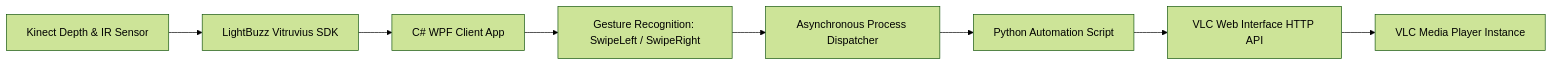
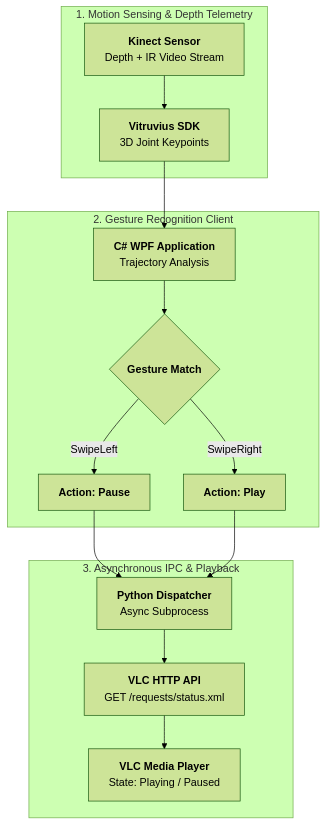
The diagram in content/projects/kinect-media-controller.md (pranp-official/pranp_dev_site), drawn with Mermaid (forest theme) before and after one commit. The commit also changed 11 other files, not shown here.

Commit message:
feat(diagrams): redesign architectural pipeline diagrams across all project articles

````diff
--- a/content/projects/kinect-media-controller.md
+++ b/content/projects/kinect-media-controller.md
@@ -22,10 +22,20 @@
 ```mermaid
-flowchart LR
-  Sensor[Kinect Depth & IR Sensor] --> Vitruvius[LightBuzz Vitruvius SDK]
-  Vitruvius --> WPF[C# WPF Client App]
-  WPF --> Classifier[Gesture Recognition: SwipeLeft / SwipeRight]
-  Classifier --> Bridge[Asynchronous Process Dispatcher]
-  Bridge --> Script[Python Automation Script]
-  Script --> HTTP[VLC Web Interface HTTP API]
-  HTTP --> Player[VLC Media Player Instance]
+flowchart TD
+  subgraph Stage1["1. Motion Sensing & Depth Telemetry"]
+    Kinect["<b>Kinect Sensor</b><br/>Depth + IR Video Stream"] --> Vitruvius["<b>Vitruvius SDK</b><br/>3D Joint Keypoints"]
+  end
+
+  subgraph Stage2["2. Gesture Recognition Client"]
+    WPF["<b>C# WPF Application</b><br/>Trajectory Analysis"] --> Detect{"<b>Gesture Match</b>"}
+    Detect -->|"SwipeLeft"| Pause["<b>Action: Pause</b>"]
+    Detect -->|"SwipeRight"| Play["<b>Action: Play</b>"]
+  end
+
+  subgraph Stage3["3. Asynchronous IPC & Playback"]
+    Bridge["<b>Python Dispatcher</b><br/>Async Subprocess"] --> HTTP["<b>VLC HTTP API</b><br/>GET /requests/status.xml"]
+    HTTP --> Player["<b>VLC Media Player</b><br/>State: Playing / Paused"]
+  end
+
+  Vitruvius --> WPF
+  Pause & Play --> Bridge
 ```
````
